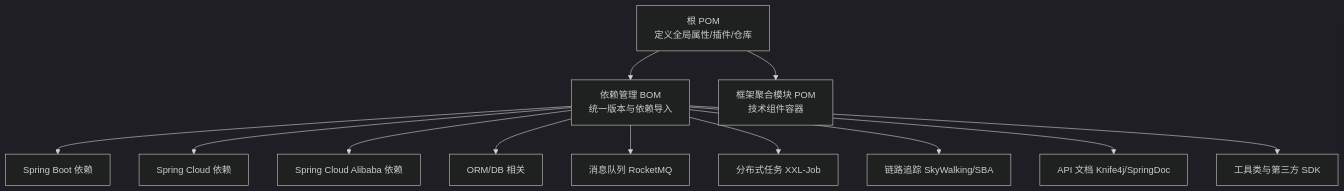
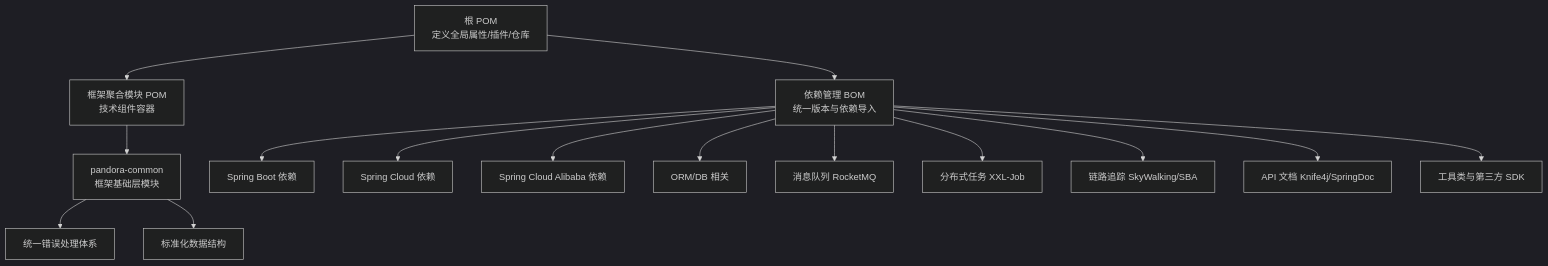
The first of 11 diagrams in .qoder/repowiki/zh/content/架构设计/架构设计.md (guanglei93/pandora-cloud), drawn with Mermaid (dark theme) before and after one commit. The commit also changed other lines of this file and 5 other files, not shown here.

Commit message:
docs: 更新架构设计文档、核心组件文档，新增 pandora-common 模块说明

````diff
--- a/.qoder/repowiki/zh/content/架构设计/架构设计.md
+++ b/.qoder/repowiki/zh/content/架构设计/架构设计.md
@@ -41,14 +70,17 @@
 ```mermaid
 graph TB
 Root["根 POM<br/>定义全局属性/插件/仓库"] --> BOM["依赖管理 BOM<br/>统一版本与依赖导入"]
 Root --> Framework["框架聚合模块 POM<br/>技术组件容器"]
+Framework --> Common["pandora-common<br/>框架基础层模块"]
 BOM --> SB["Spring Boot 依赖"]
 BOM --> SC["Spring Cloud 依赖"]
 BOM --> SCA["Spring Cloud Alibaba 依赖"]
 BOM --> DB["ORM/DB 相关"]
 BOM --> MQ["消息队列 RocketMQ"]
 BOM --> JOB["分布式任务 XXL-Job"]
 BOM --> MON["链路追踪 SkyWalking/SBA"]
 BOM --> DOC["API 文档 Knife4j/SpringDoc"]
 BOM --> UTIL["工具类与第三方 SDK"]
+Common --> ERR["统一错误处理体系"]
+Common --> DATA["标准化数据结构"]
 ```
````
